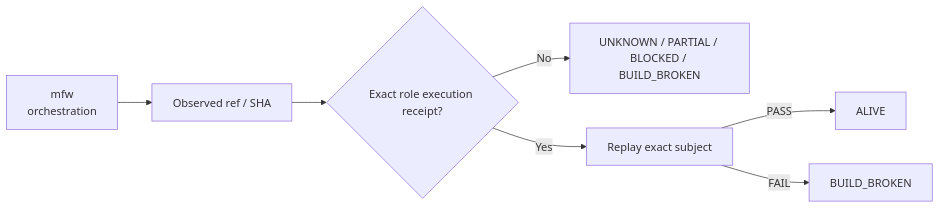
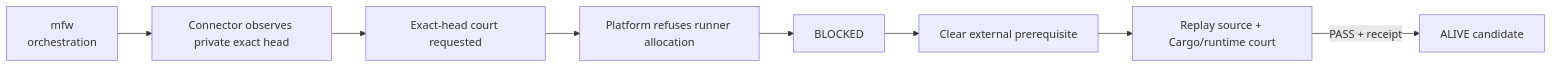
Before and after one commit to seanchatmangpt/chatman-ecosystem: the diagram in status/repos/mfw.md, drawn with Mermaid. The commit also changed other lines of this file and 4 other files, not shown here.

Commit message:
correct private mfw status evidence [skip ci]

````diff
--- a/status/repos/mfw.md
+++ b/status/repos/mfw.md
@@ -48,9 +62,10 @@
 ```mermaid
 flowchart LR
-    R["mfw<br/>orchestration"] --> O["Observed ref / SHA"]
-    O --> A{"Exact role execution receipt?"}
-    A -->|No| P["UNKNOWN / PARTIAL / BLOCKED / BUILD_BROKEN"]
-    A -->|Yes| X["Replay exact subject"]
-    X -->|PASS| L["ALIVE"]
-    X -->|FAIL| B["BUILD_BROKEN"]
+    M["mfw<br/>orchestration"] --> O["Connector observes private exact head"]
+    O --> C["Exact-head court requested"]
+    C --> B["Platform refuses runner allocation"]
+    B --> S["BLOCKED"]
+    S --> U["Clear external prerequisite"]
+    U --> R["Replay source + Cargo/runtime court"]
+    R -->|PASS + receipt| A["ALIVE candidate"]
 ```
````
